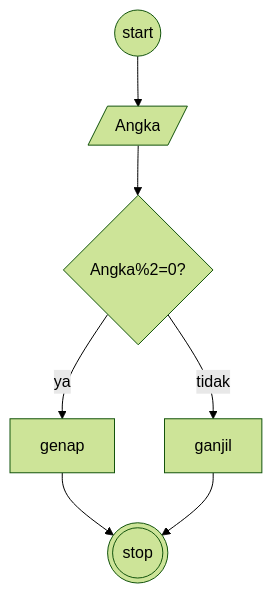
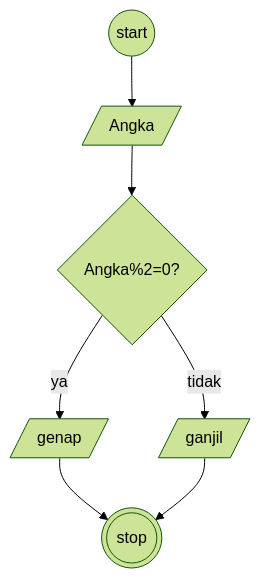
The diagram in minitask4.md (hilmy07/koda-b4-algoritma), drawn with Mermaid (forest theme) before and after one commit.

````diff
--- a/minitask4.md
+++ b/minitask4.md
@@ -3,11 +3,11 @@
 ```mermaid
 flowchart TD;
 
 strt((start))-->a[/Angka/];
 a[/Angka/]-->dcs{hasil=0};
-dcs{Angka%2=0?}--ya-->genap;
-dcs{Angka%2=0?}--tidak-->ganjil;
-genap-->stp(((stop)));
-ganjil-->stp(((stop)));
+dcs{Angka%2=0?}--ya-->gnp[/"genap"/];
+dcs{Angka%2=0?}--tidak-->gan[/"ganjil"/];
+gnp[/"genap"/]-->stp(((stop)));
+gan[/"ganjil"/]-->stp(((stop)));
 
 ```
````
